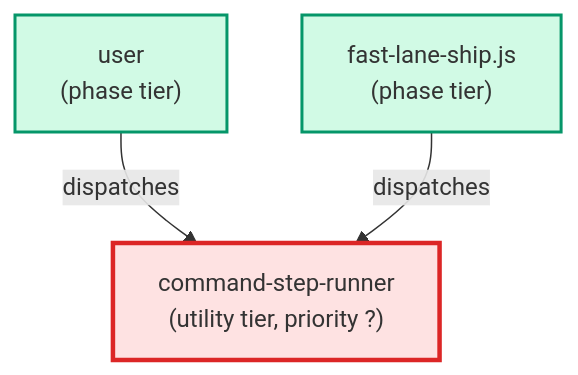
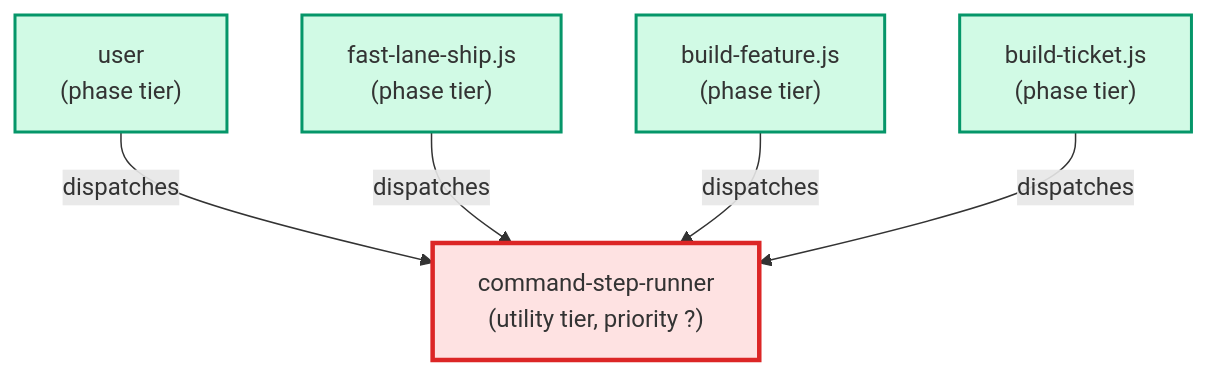
The diagram in docs/agents/cards/command-step-runner.card.md (urlmonitor/leafcutter-ai), drawn with Mermaid before and after one commit. The commit also changed other lines of this file and 20 other files, not shown here.

First line of the commit message:
feat(build-orchestration): /build-feature and build-ticket.js run the wrong-version gate before every commit (TQ-500g-1-vi)

````diff
--- a/docs/agents/cards/command-step-runner.card.md
+++ b/docs/agents/cards/command-step-runner.card.md
@@ -58,14 +60,18 @@
 ```mermaid
 flowchart TD
     classDef supervisor fill:#dbeafe,stroke:#2563eb,stroke-width:2px
     classDef phase fill:#d1fae5,stroke:#059669,stroke-width:2px
     classDef utility fill:#f3f4f6,stroke:#4b5563,stroke-width:2px
     classDef target fill:#fee2e2,stroke:#dc2626,stroke-width:3px
 
     user["user\n(phase tier)"]:::phase
     fast_lane_ship.js["fast-lane-ship.js\n(phase tier)"]:::phase
+    build_feature.js["build-feature.js\n(phase tier)"]:::phase
+    build_ticket.js["build-ticket.js\n(phase tier)"]:::phase
     command_step_runner["command-step-runner\n(utility tier, priority ?)"]:::target
 
     user -->|dispatches| command_step_runner
     fast_lane_ship.js -->|dispatches| command_step_runner
+    build_feature.js -->|dispatches| command_step_runner
+    build_ticket.js -->|dispatches| command_step_runner
 ```
````
